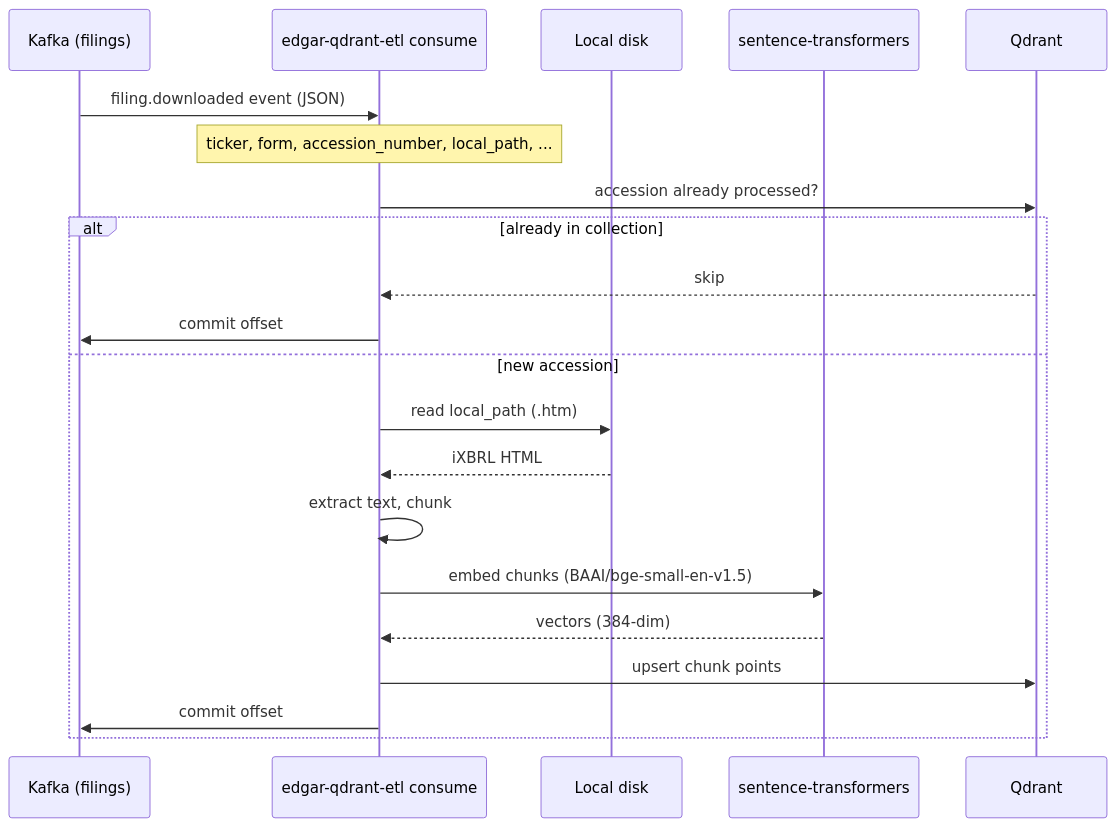
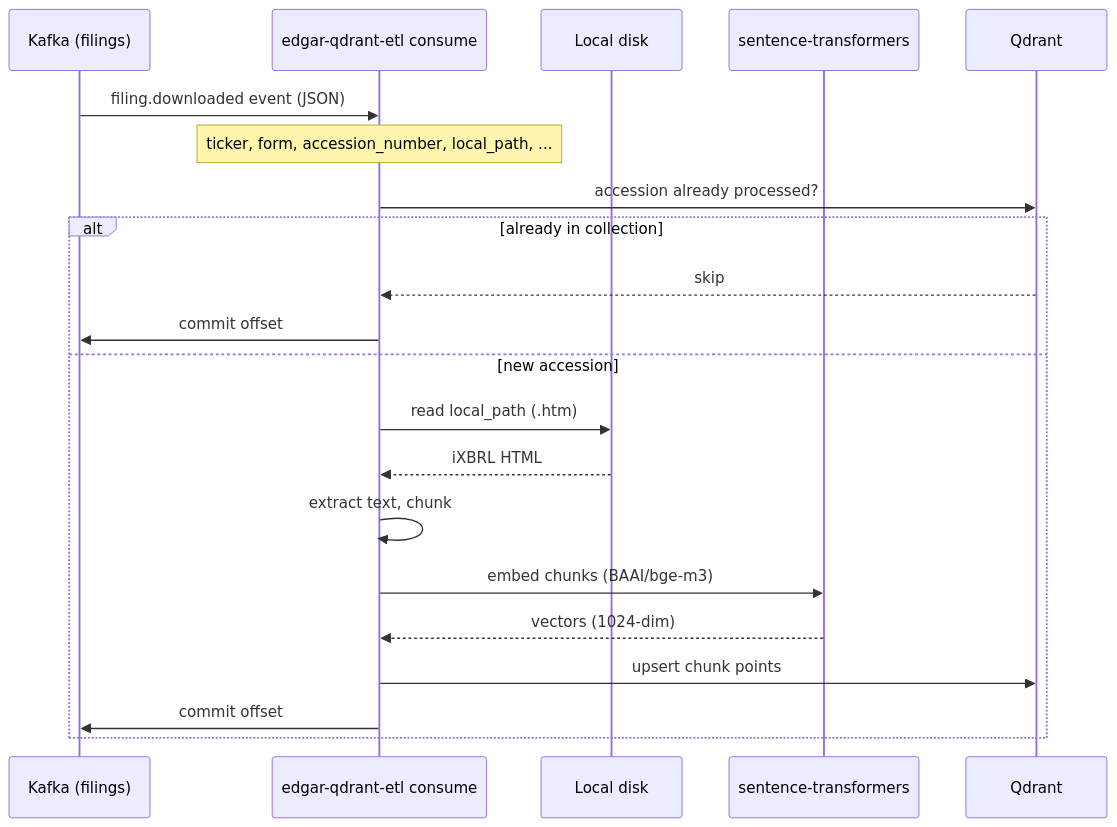
Before and after one commit to sanjuthomas/sec-edgar-filings-to-qdrant: the first of 3 diagrams in README.md, drawn with Mermaid. The commit also changed other lines of this file and 4 other files, not shown here.

First line of the commit message:
Switch embedding model to BGE-M3 with 1024-dim vectors.

````diff
--- a/README.md
+++ b/README.md
@@ -52,25 +52,25 @@
 ```mermaid
 sequenceDiagram
     participant Kafka as Kafka (filings)
     participant ETL as edgar-qdrant-etl consume
     participant Disk as Local disk
     participant Model as sentence-transformers
     participant Qdrant as Qdrant
 
     Kafka->>ETL: filing.downloaded event (JSON)
     Note over ETL: ticker, form, accession_number, local_path, ...
 
     ETL->>Qdrant: accession already processed?
     alt already in collection
         Qdrant-->>ETL: skip
         ETL->>Kafka: commit offset
     else new accession
         ETL->>Disk: read local_path (.htm)
         Disk-->>ETL: iXBRL HTML
         ETL->>ETL: extract text, chunk
-        ETL->>Model: embed chunks (BAAI/bge-small-en-v1.5)
-        Model-->>ETL: vectors (384-dim)
+        ETL->>Model: embed chunks (BAAI/bge-m3)
+        Model-->>ETL: vectors (1024-dim)
         ETL->>Qdrant: upsert chunk points
         ETL->>Kafka: commit offset
     end
 ```
````
